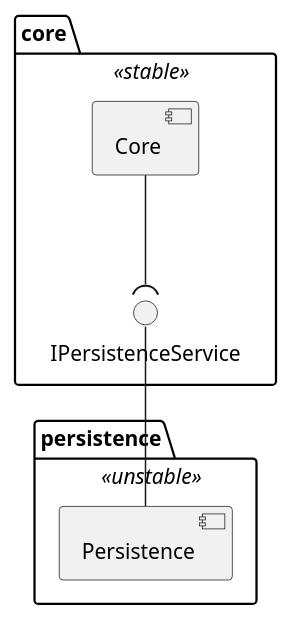
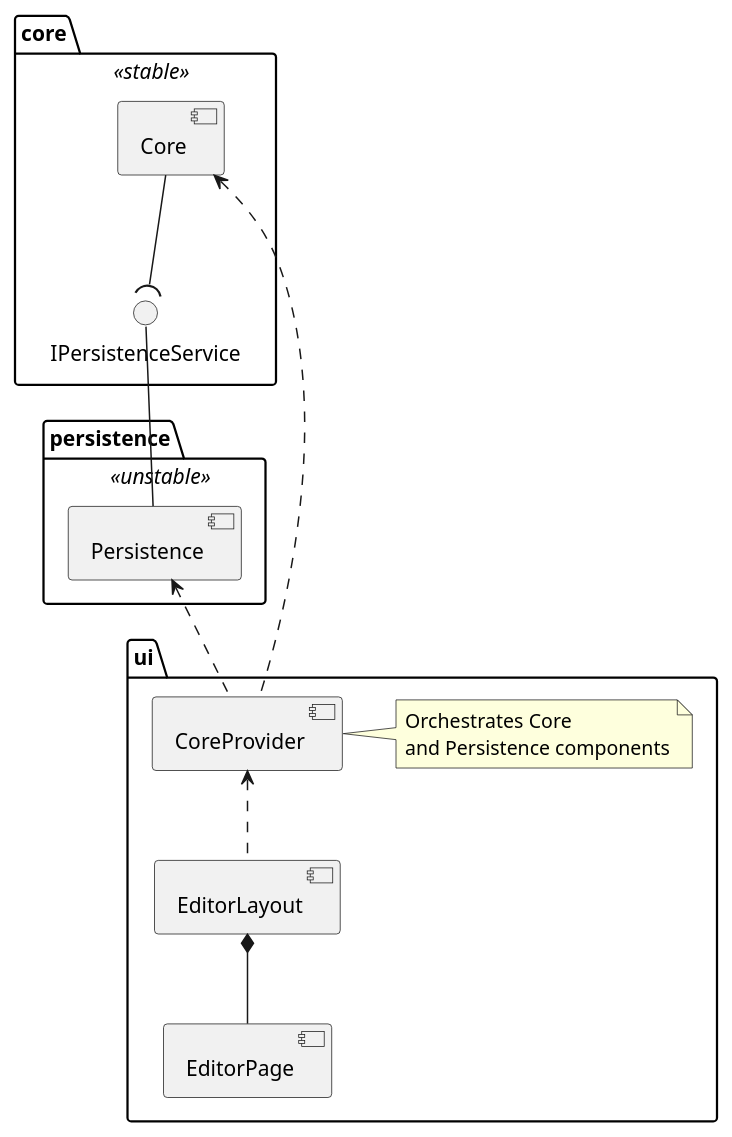
Before and after one commit to kit-data-manager/NovaCrate: the diagram in docs/figures/lib-v2/lib-overview.plantuml, drawn with PlantUML. The commit also changed 2 other files, not shown here.

Commit message:
feat: add providers for core and persistence layers

```diff
--- a/docs/figures/lib-v2/lib-overview.plantuml
+++ b/docs/figures/lib-v2/lib-overview.plantuml
@@ -1,17 +1,34 @@
 @startuml
+
+package ui {
+    component EditorPage
+    component EditorLayout
+    component CoreProvider
+
+    note right of CoreProvider
+        Orchestrates Core
+        and Persistence components
+    endnote
+
+    EditorLayout *-- EditorPage
+    CoreProvider <.. EditorLayout
+}
 
 package persistence <<unstable>> {
     component Persistence
 }
 
 
 package core <<stable>> {
     component Core
     interface IPersistenceService
 }
 
 
 Core --( IPersistenceService
 IPersistenceService -- Persistence
 
+Core <.. CoreProvider
+Persistence <.. CoreProvider
+
 @enduml
```
